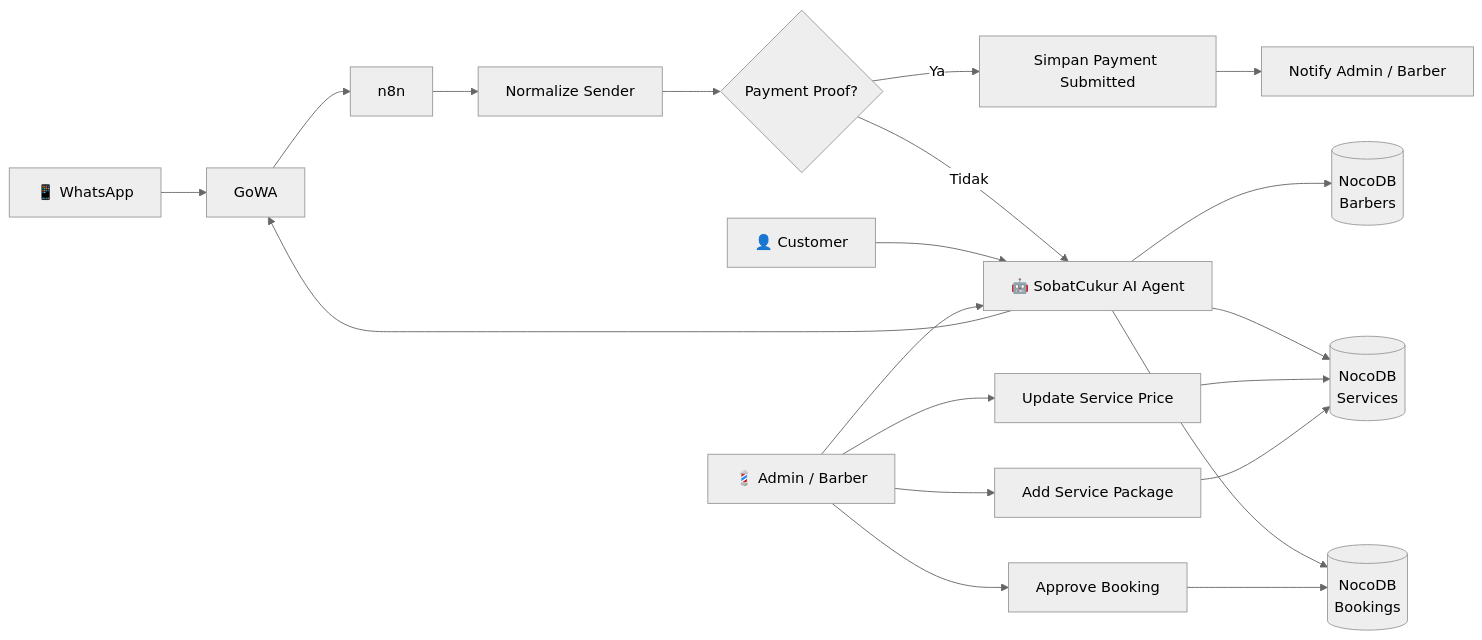
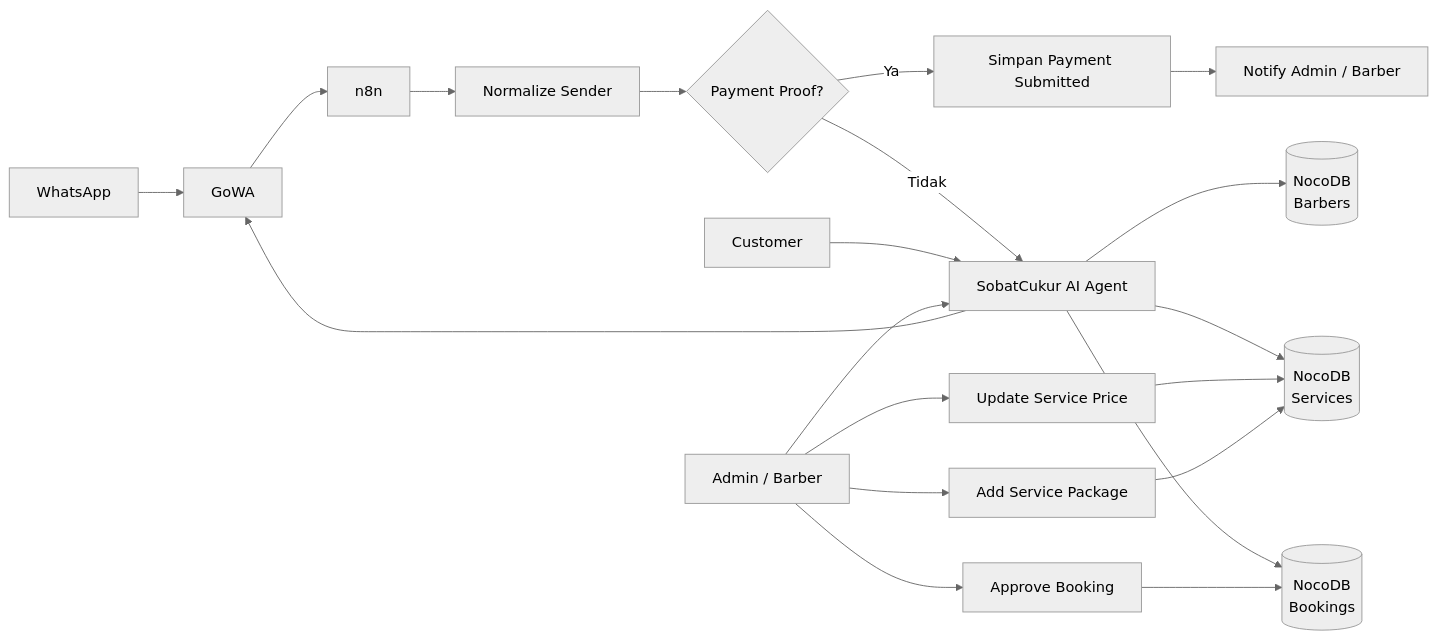
The diagram in README.md (y0uuu123/aiagent-sobat-cukur), drawn with Mermaid (neutral theme) before and after one commit. The commit also changed other lines of this file, not shown here.

````diff
--- a/README.md
+++ b/README.md
@@ -43,30 +42,30 @@
 ```mermaid
 flowchart LR
-    WA[📱 WhatsApp] --> GOWA[GoWA]
+    WA[WhatsApp] --> GOWA[GoWA]
     GOWA --> N8N[n8n]
 
     N8N --> NORMALIZE[Normalize Sender]
     NORMALIZE --> PROOF{Payment Proof?}
 
     PROOF -->|Ya| SUBMIT[Simpan Payment Submitted]
     SUBMIT --> NOTIFY[Notify Admin / Barber]
 
-    PROOF -->|Tidak| AGENT[🤖 SobatCukur AI Agent]
+    PROOF -->|Tidak| AGENT[SobatCukur AI Agent]
 
     AGENT --> BARBERS[(NocoDB<br/>Barbers)]
     AGENT --> SERVICES[(NocoDB<br/>Services)]
     AGENT --> BOOKINGS[(NocoDB<br/>Bookings)]
 
-    CUSTOMER[👤 Customer] --> AGENT
-    ADMIN[💈 Admin / Barber] --> AGENT
+    CUSTOMER[Customer] --> AGENT
+    ADMIN[Admin / Barber] --> AGENT
 
     ADMIN --> PRICE[Update Service Price]
     ADMIN --> PACKAGE[Add Service Package]
     ADMIN --> APPROVE[Approve Booking]
 
     PRICE --> SERVICES
     PACKAGE --> SERVICES
     APPROVE --> BOOKINGS
 
     AGENT --> GOWA
 ```
````
